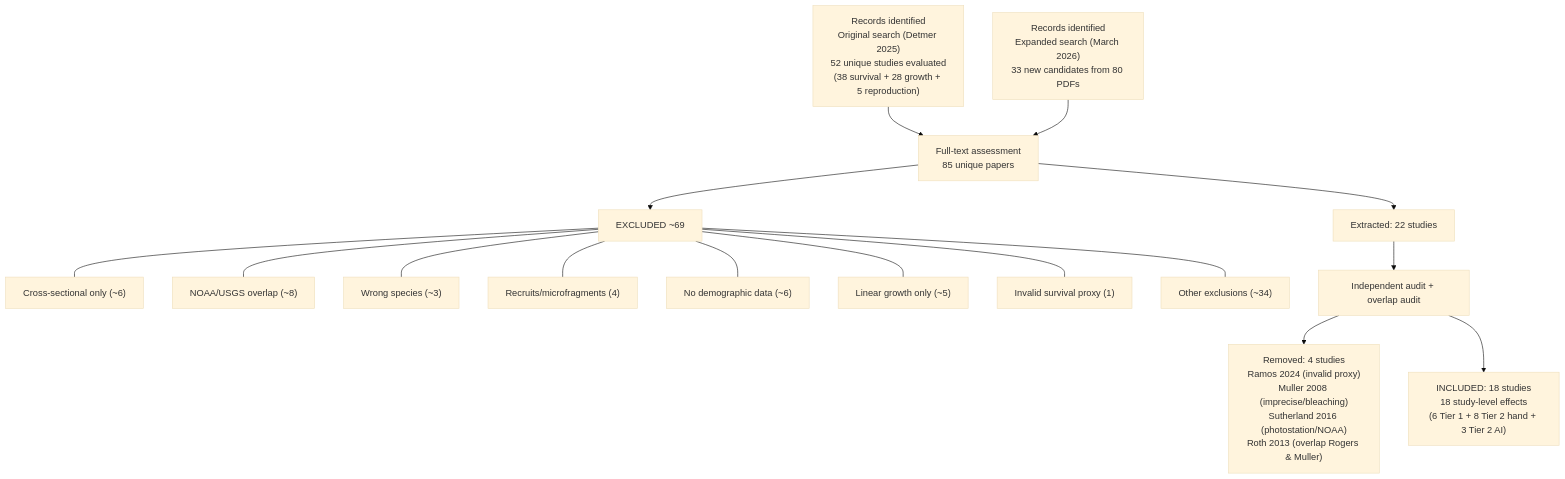
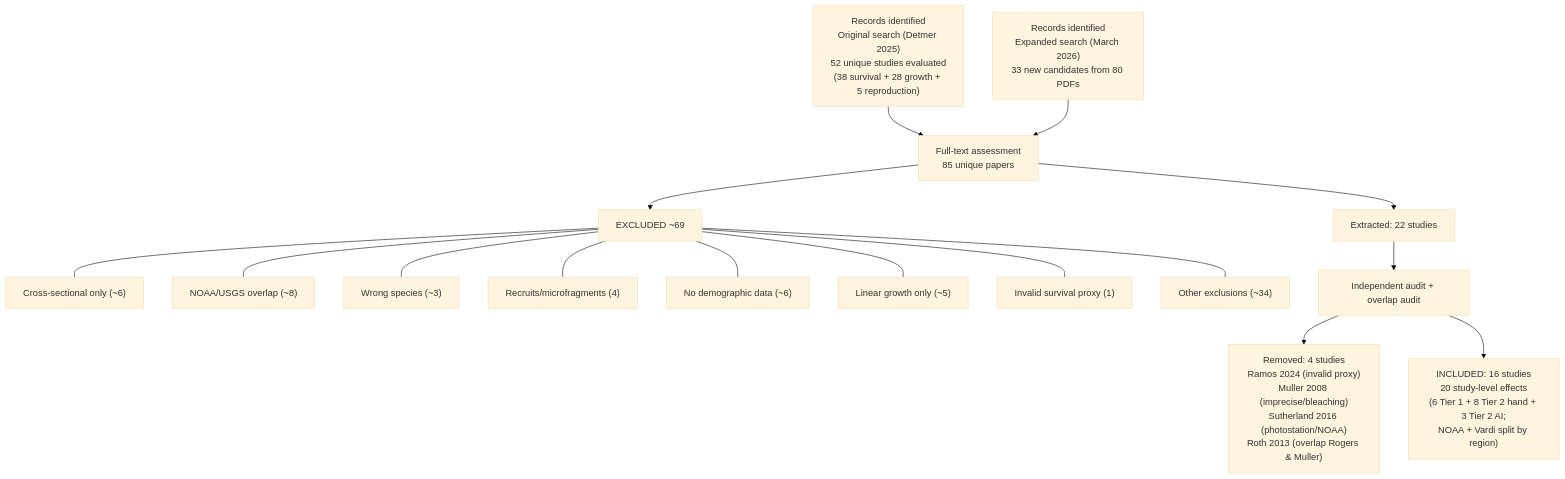
The diagram in 01_protocol/systematic_review_protocol.md (stier-lab/rse-2025-detmer-apalmata-rse-parameters), drawn with Mermaid (base theme) before and after one commit. The commit also changed other lines of this file and 10 other files, not shown here.

````diff
--- a/01_protocol/systematic_review_protocol.md
+++ b/01_protocol/systematic_review_protocol.md
@@ -367,18 +369,18 @@
 ```mermaid
 flowchart TD
     A["Records identified<br/>Original search (Detmer 2025)<br/>52 unique studies evaluated<br/>(38 survival + 28 growth + 5 reproduction)"] --> C
     B["Records identified<br/>Expanded search (March 2026)<br/>33 new candidates from 80 PDFs"] --> C
     C["Full-text assessment<br/>85 unique papers"] --> D["EXCLUDED ~69"]
     C --> E["Extracted: 22 studies"]
     D --- D1["Cross-sectional only (~6)"]
     D --- D2["NOAA/USGS overlap (~8)"]
     D --- D3["Wrong species (~3)"]
     D --- D4["Recruits/microfragments (4)"]
     D --- D5["No demographic data (~6)"]
     D --- D6["Linear growth only (~5)"]
     D --- D7["Invalid survival proxy (1)"]
     D --- D8["Other exclusions (~34)"]
     E --> F["Independent audit + overlap audit"]
     F --> G["Removed: 4 studies<br/>Ramos 2024 (invalid proxy)<br/>Muller 2008 (imprecise/bleaching)<br/>Sutherland 2016 (photostation/NOAA)<br/>Roth 2013 (overlap Rogers & Muller)"]
-    F --> H["INCLUDED: 18 studies<br/>18 study-level effects<br/>(6 Tier 1 + 8 Tier 2 hand + 3 Tier 2 AI)"]
+    F --> H["INCLUDED: 16 studies<br/>20 study-level effects<br/>(6 Tier 1 + 8 Tier 2 hand + 3 Tier 2 AI;<br/>NOAA + Vardi split by region)"]
 ```
````
